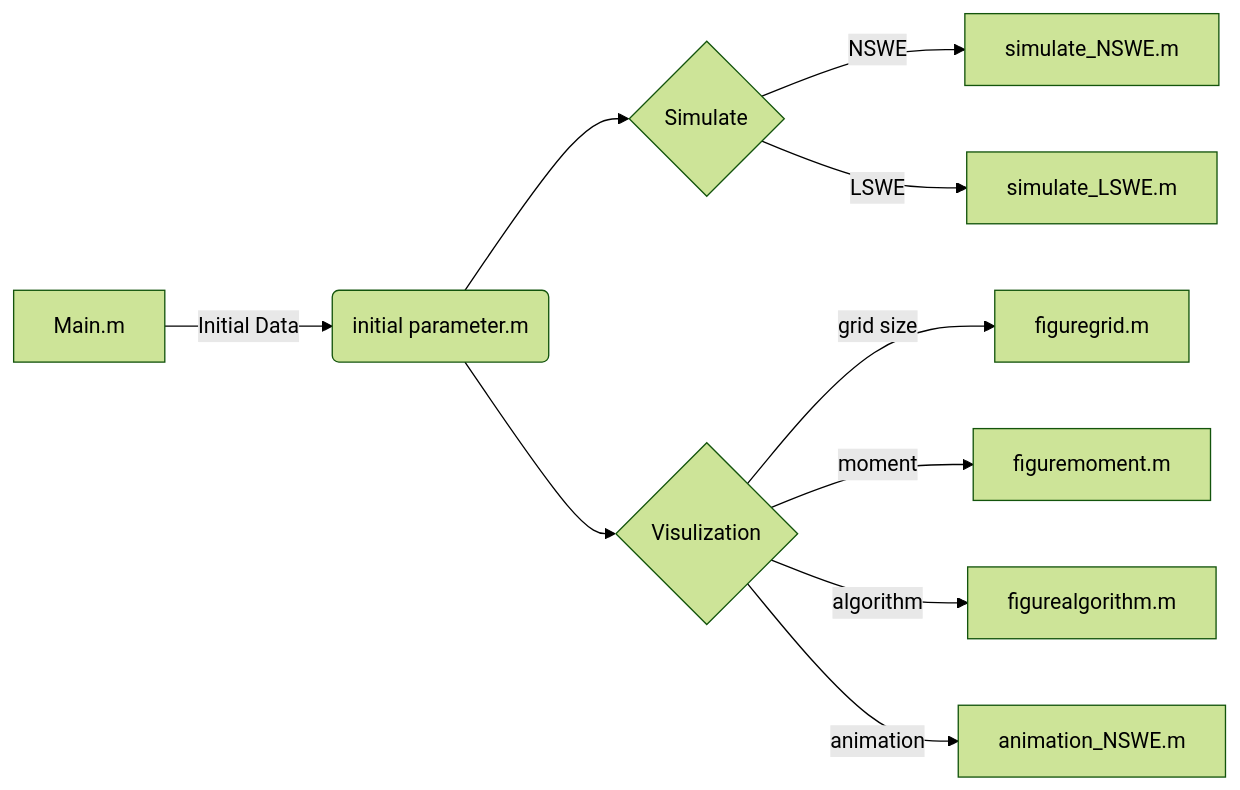
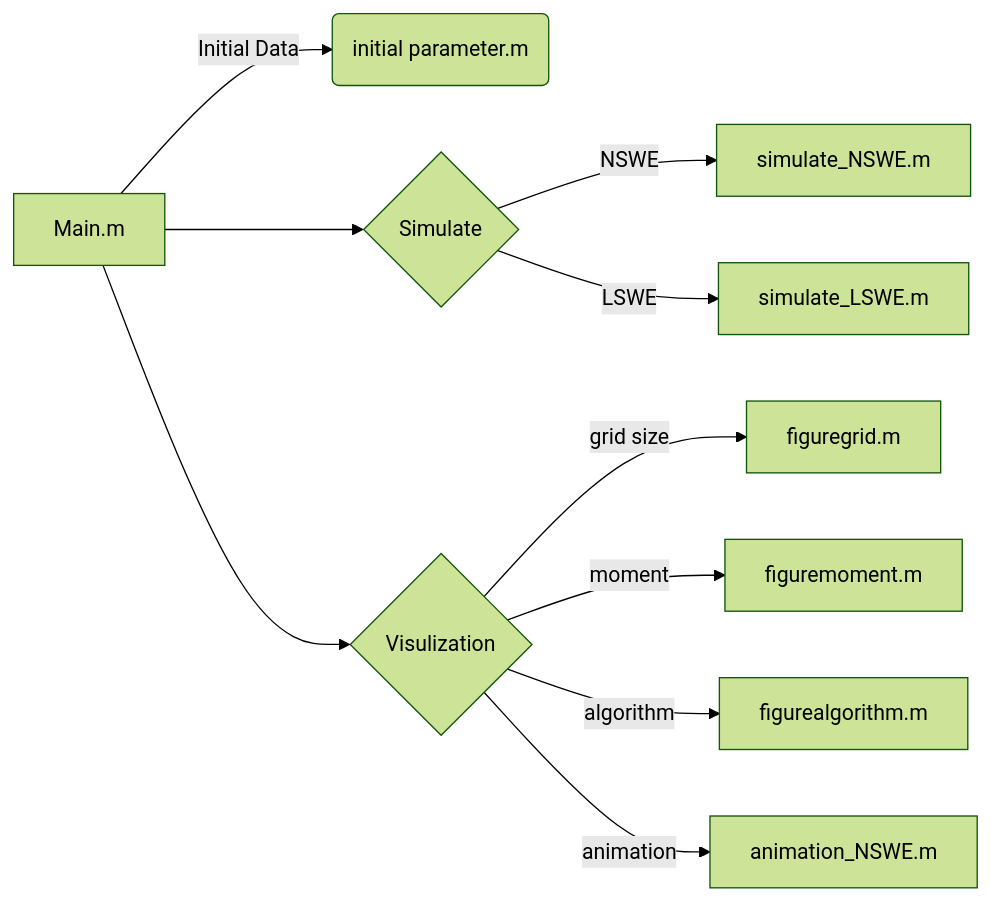
One commit to Awecean/Computational-Method-of-Shallow-Water-Wave changed the diagram in Assignment6/Readme.md. Above: the diagram before and after it, drawn with Mermaid (forest theme).

````diff
--- a/Assignment6/Readme.md
+++ b/Assignment6/Readme.md
@@ -4,12 +4,12 @@
 ```mermaid
 flowchart LR
     A[Main.m] -->|Initial Data| B(initial parameter.m)
-    B -->C{Simulate}
+    A -->C{Simulate}
     C -->|NSWE| C1[simulate_NSWE.m]
     C -->|LSWE| C2[simulate_LSWE.m]
-    B --> D{Visulization}
+    A --> D{Visulization}
     D -->|grid size| D1[figuregrid.m]
     D -->|moment| D2[figuremoment.m]
     D -->|algorithm| D3[figurealgorithm.m]
     D -->|animation| D4[animation_NSWE.m]
 ```
````
